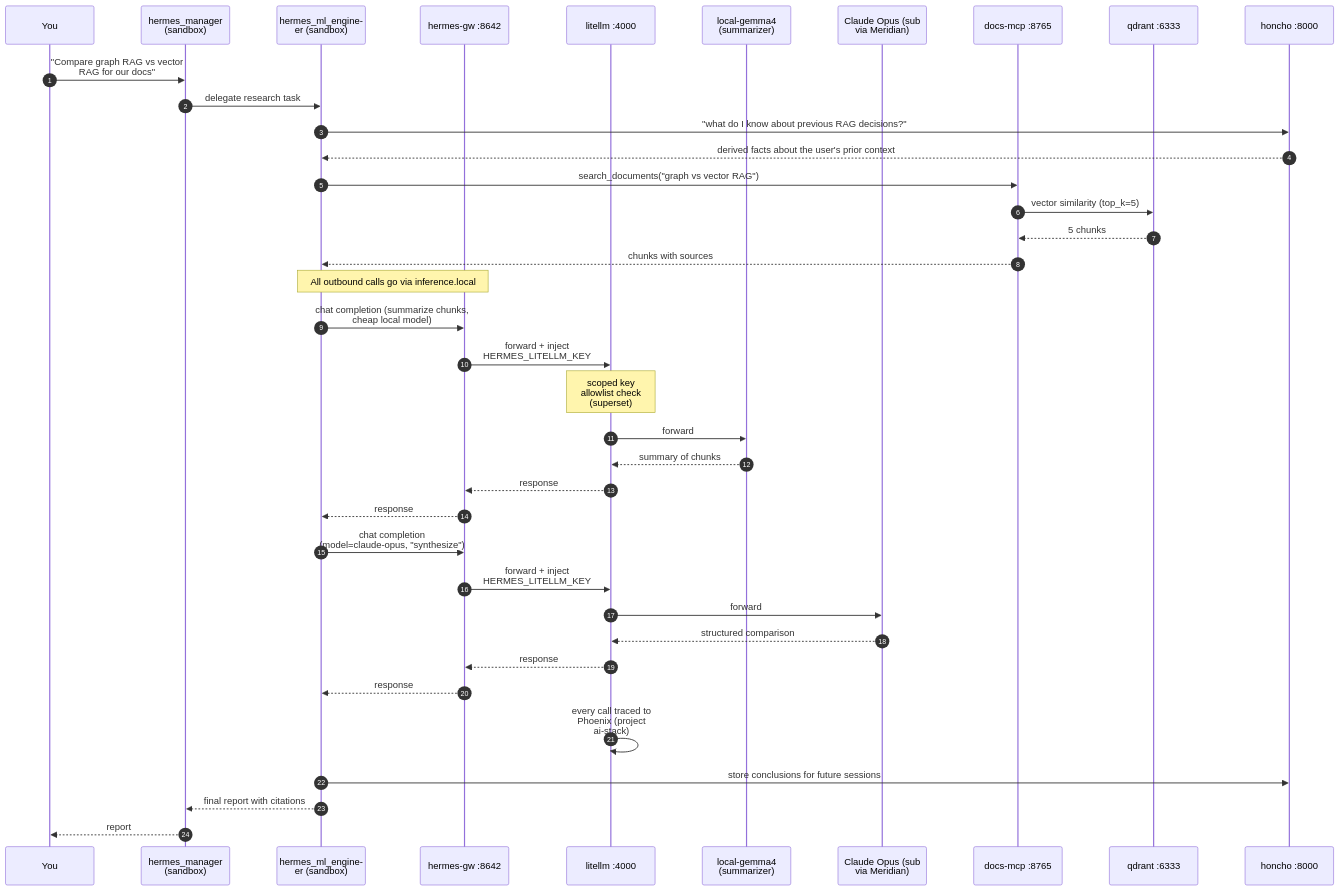
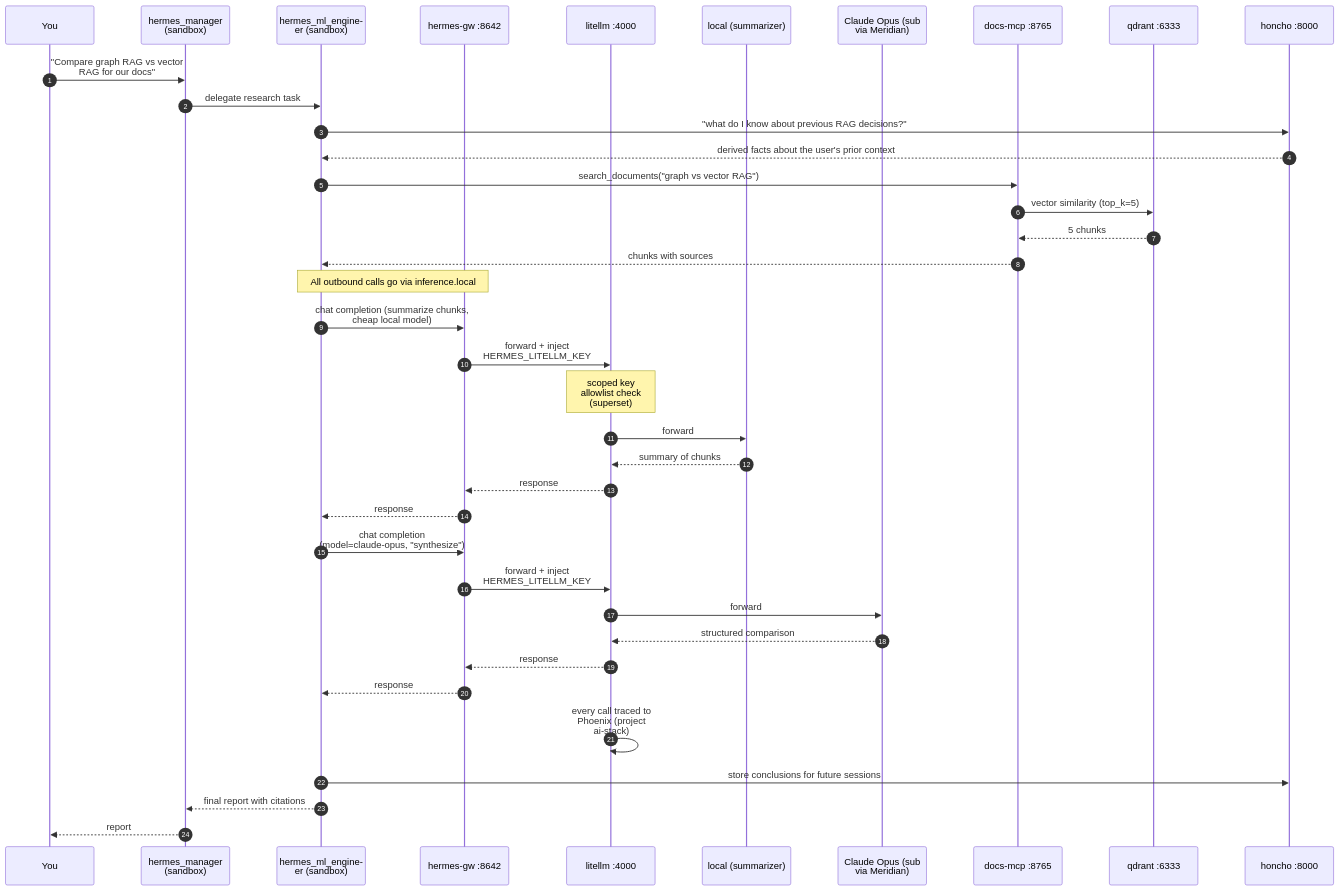
Before and after one commit to mayssamj/versatile-ai-stack: the fourth of 4 diagrams in README.md, drawn with Mermaid. The commit also changed other lines of this file and 33 other files, not shown here.

````diff
--- a/README.md
+++ b/README.md
@@ -348,46 +348,46 @@
 ```mermaid
   %%{init: { "theme": "default", "themeVariables": {"fontSize": "16px"}, "sequence": {"actorMargin": 80, "messageMargin": 40, "wrap": true} }}%%
 sequenceDiagram
   autonumber
   participant U as You
   participant CoS as hermes_manager (sandbox)
   participant R as hermes_ml_engineer (sandbox)
   participant SBX as hermes-gw :8642
   participant L as litellm :4000
-  participant LH as local-gemma4 (summarizer)
+  participant LH as local (summarizer)
   participant CL as Claude Opus (sub via Meridian)
   participant MCP as docs-mcp :8765
   participant Q as qdrant :6333
   participant HO as honcho :8000
 
   U->>CoS: "Compare graph RAG vs vector RAG for our docs"
   CoS->>R: delegate research task
   R->>HO: "what do I know about previous RAG decisions?"
   HO-->>R: derived facts about the user's prior context
   R->>MCP: search_documents("graph vs vector RAG")
   MCP->>Q: vector similarity (top_k=5)
   Q-->>MCP: 5 chunks
   MCP-->>R: chunks with sources
 
   Note over R,SBX: All outbound calls go via inference.local
   R->>SBX: chat completion (summarize chunks, cheap local model)
   SBX->>L: forward + inject HERMES_LITELLM_KEY
   Note over L: scoped key allowlist check (superset)
   L->>LH: forward
   LH-->>L: summary of chunks
   L-->>SBX: response
   SBX-->>R: response
 
   R->>SBX: chat completion (model=claude-opus, "synthesize")
   SBX->>L: forward + inject HERMES_LITELLM_KEY
   L->>CL: forward
   CL-->>L: structured comparison
   L-->>SBX: response
   SBX-->>R: response
 
   L->>L: every call traced to Phoenix (project ai-stack)
 
   R->>HO: store conclusions for future sessions
   R-->>CoS: final report with citations
   CoS-->>U: report
 ```
````
